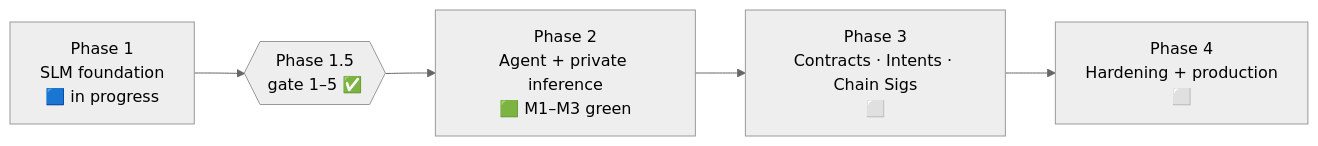
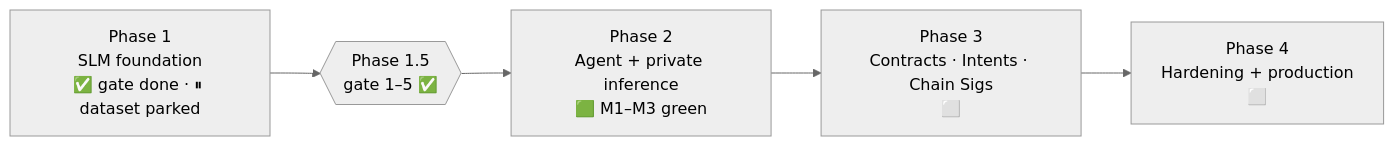
One commit to 9lordisgod/salomon changed the fourth of 4 diagrams in README.md. Above: the diagram before and after it, drawn with Mermaid (neutral theme). The commit also changed other lines of this file, not shown here.

Commit message:
docs(readme): Phase 1 badge — gate done, dataset parked

````diff
--- a/README.md
+++ b/README.md
@@ -108,7 +108,7 @@
 ```mermaid
 flowchart LR
-  P1["Phase 1<br/>SLM foundation<br/>🟦 in progress"] --> G{{"Phase 1.5<br/>gate 1–5 ✅"}}
+  P1["Phase 1<br/>SLM foundation<br/>✅ gate done · ⏸ dataset parked"] --> G{{"Phase 1.5<br/>gate 1–5 ✅"}}
   G --> P2["Phase 2<br/>Agent + private inference<br/>🟩 M1–M3 green"]
   P2 --> P3["Phase 3<br/>Contracts · Intents · Chain Sigs<br/>⬜"]
   P3 --> P4["Phase 4<br/>Hardening + production<br/>⬜"]
 ```
````
